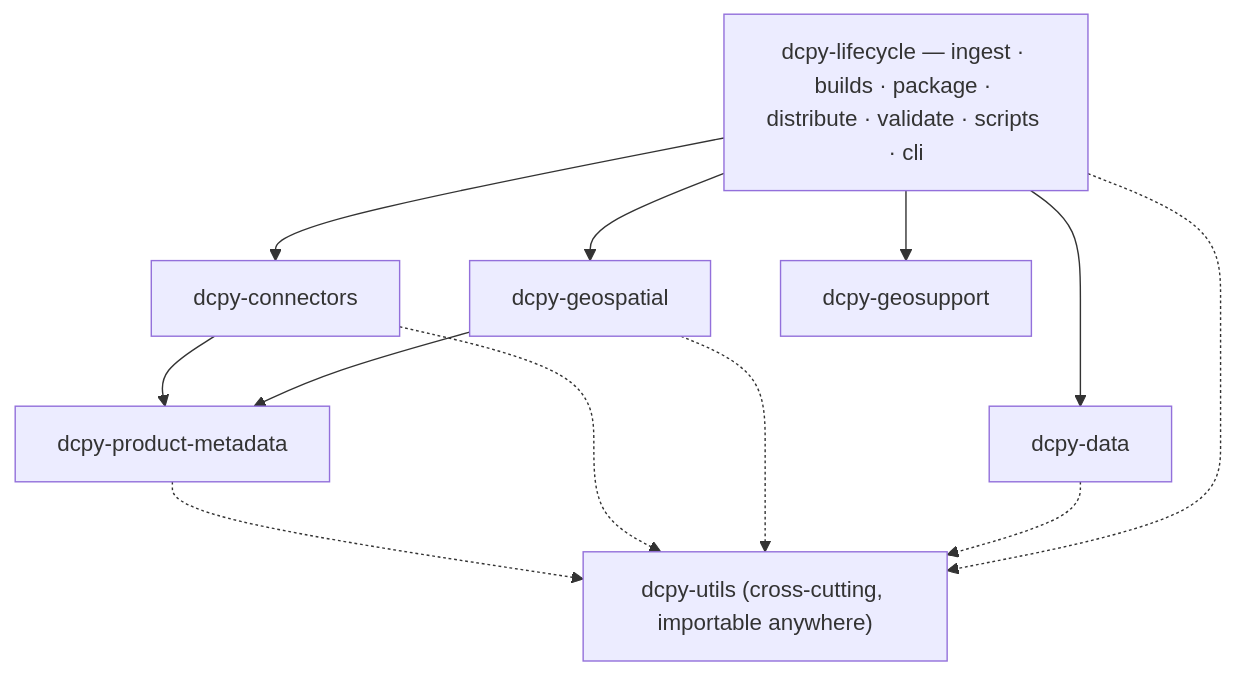
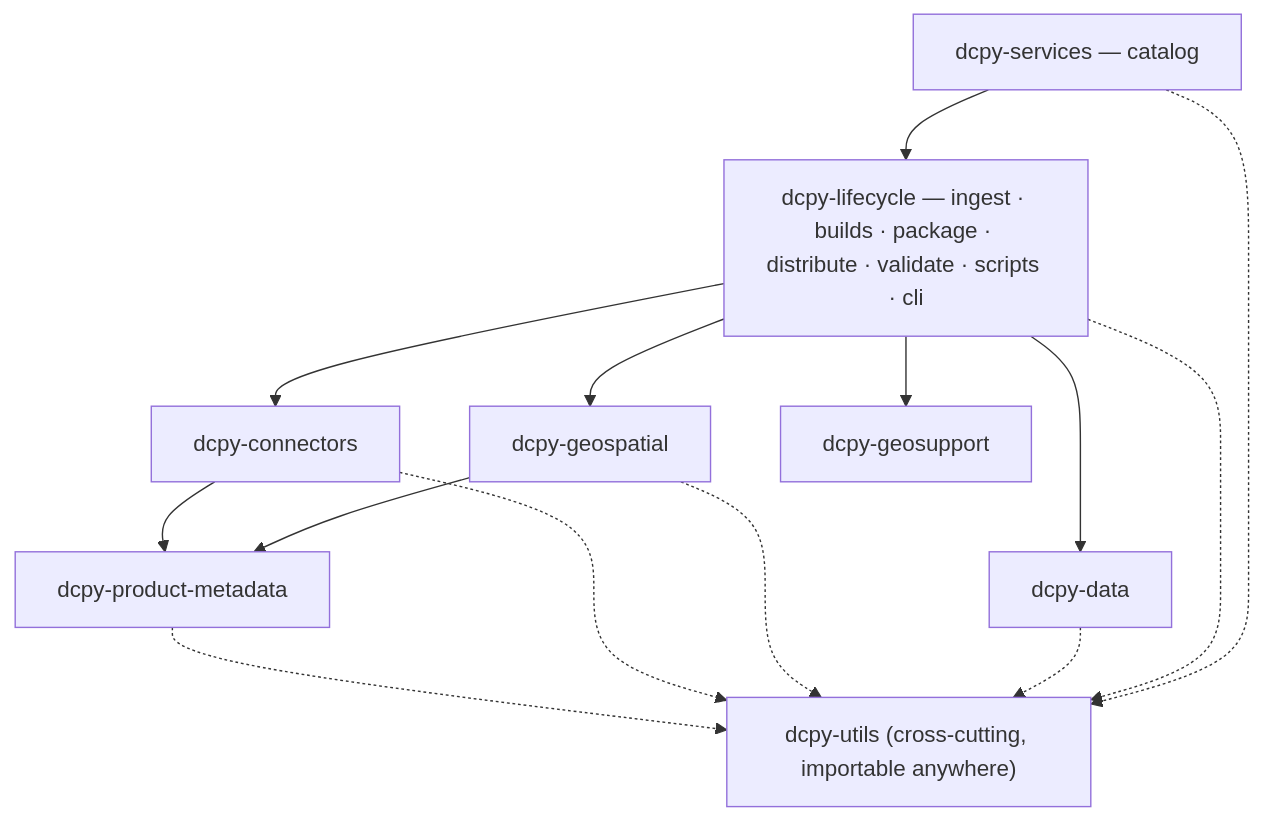
The diagram in docs/dcpy/architecture.md (NYCPlanning/data-engineering), drawn with Mermaid before and after one commit. The commit also changed other lines of this file and 34 other files, not shown here.

First line of the commit message:
dcpy-services: a new top-level package for the version catalog

````diff
--- a/docs/dcpy/architecture.md
+++ b/docs/dcpy/architecture.md
@@ -22,20 +22,23 @@
 ```mermaid
 flowchart TD
+    services["dcpy-services — catalog"]
     lifecycle["dcpy-lifecycle — ingest · builds · package · distribute · validate · scripts · cli"]
     connectors["dcpy-connectors"]
     geospatial["dcpy-geospatial"]
     data["dcpy-data"]
     product_metadata["dcpy-product-metadata"]
     geosupport["dcpy-geosupport"]
     utils["dcpy-utils (cross-cutting, importable anywhere)"]
 
+    services --> lifecycle
     lifecycle --> connectors --> product_metadata
     lifecycle --> geospatial --> product_metadata
     lifecycle --> data
     lifecycle --> geosupport
     product_metadata -.-> utils
     connectors -.-> utils
     geospatial -.-> utils
     data -.-> utils
     lifecycle -.-> utils
+    services -.-> utils
 ```
````
